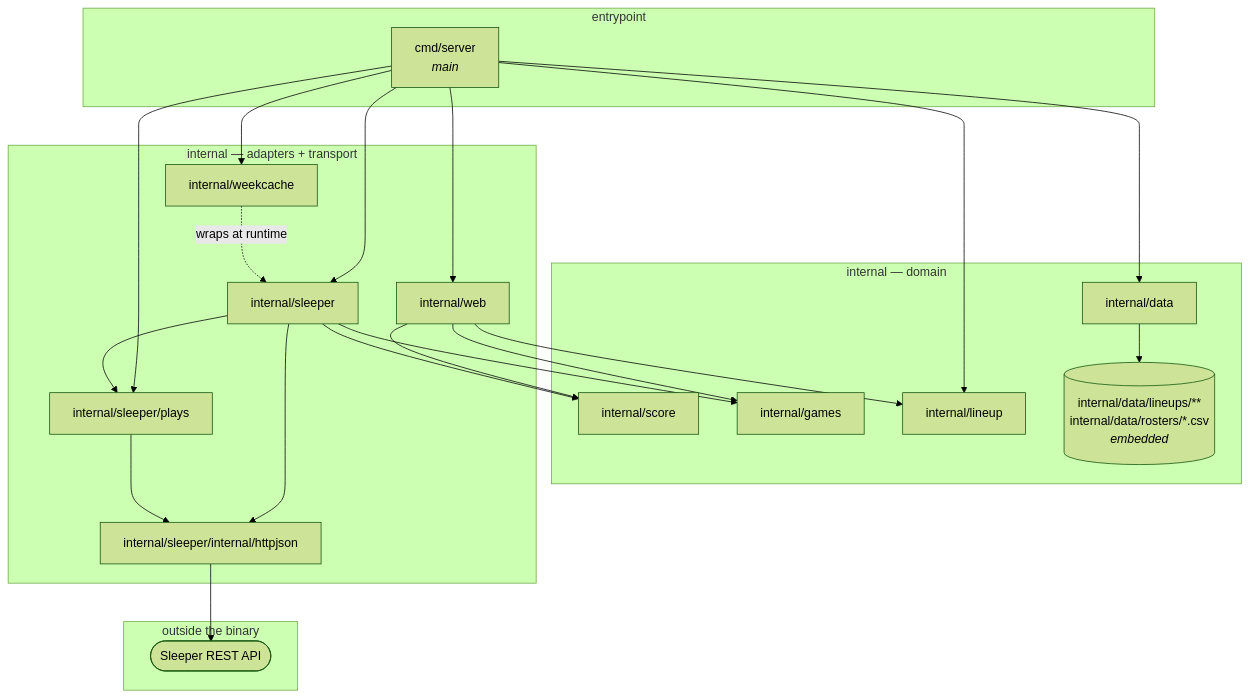
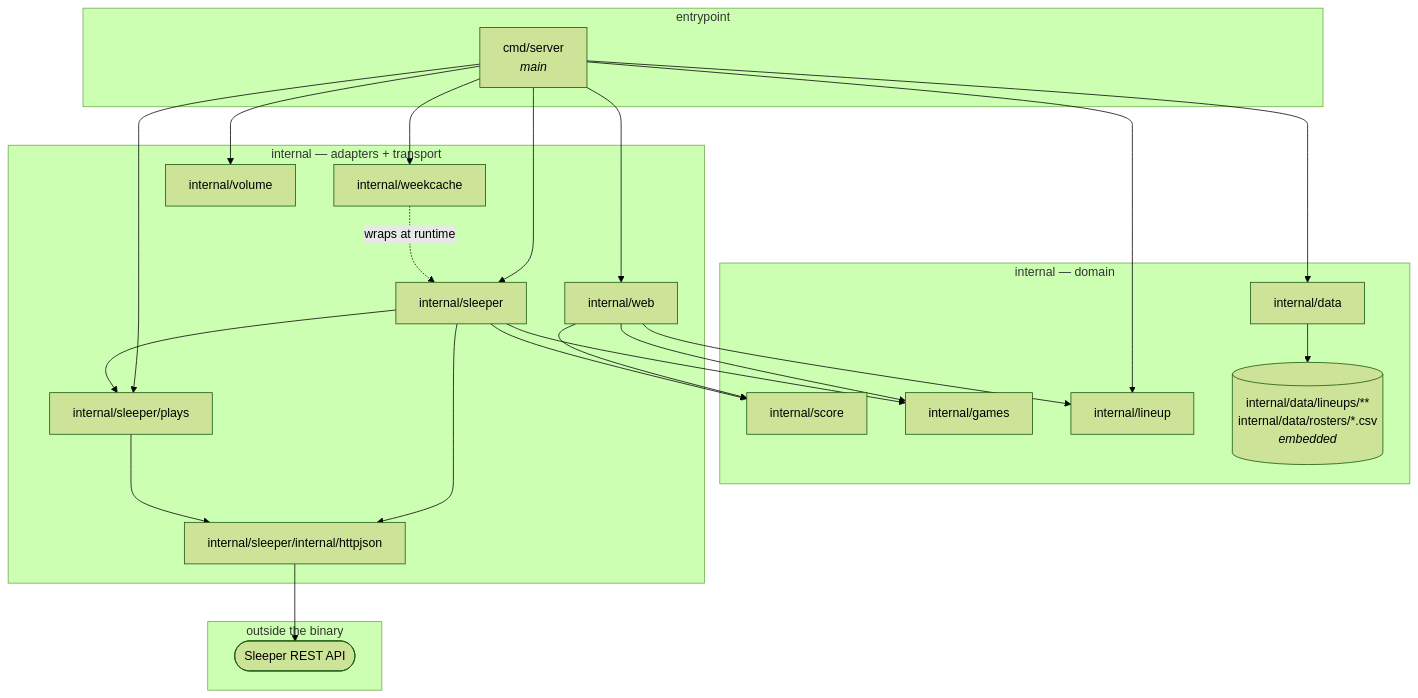
One commit to eshifrin-606/bojjaes changed the diagram in docs/package-dependencies.md. Above: the diagram before and after it, drawn with Mermaid (forest theme). The commit also changed other lines of this file and 18 other files, not shown here.

First line of the commit message:
Split seeding into internal/volume and merge lineup into two files

````diff
--- a/docs/package-dependencies.md
+++ b/docs/package-dependencies.md
@@ -13,41 +13,43 @@
 ```mermaid
 graph TD
     subgraph entry["entrypoint"]
         main["cmd/server<br/><i>main</i>"]
     end
     subgraph domain["internal — domain"]
         score["internal/score"]
         games["internal/games"]
         lineup["internal/lineup"]
         data["internal/data"]
         files[("internal/data/lineups/**<br/>internal/data/rosters/*.csv<br/><i>embedded</i>")]
     end
     subgraph adapters["internal — adapters + transport"]
         sleeperpkg["internal/sleeper"]
         plays["internal/sleeper/plays"]
         httpjson["internal/sleeper/internal/httpjson"]
         weekcache["internal/weekcache"]
+        volume["internal/volume"]
         web["internal/web"]
     end
     subgraph ext["outside the binary"]
         sleeper(["Sleeper REST API"])
     end
 
     main --> web
     main --> weekcache
     main --> sleeperpkg
     main --> plays
     main --> lineup
     main --> data
+    main --> volume
     web --> score
     web --> games
     web --> lineup
     sleeperpkg --> score
     sleeperpkg --> games
     sleeperpkg --> plays
     sleeperpkg --> httpjson
     plays --> httpjson
     httpjson --> sleeper
     weekcache -. wraps at runtime .-> sleeperpkg
     data --> files
 ```
````
